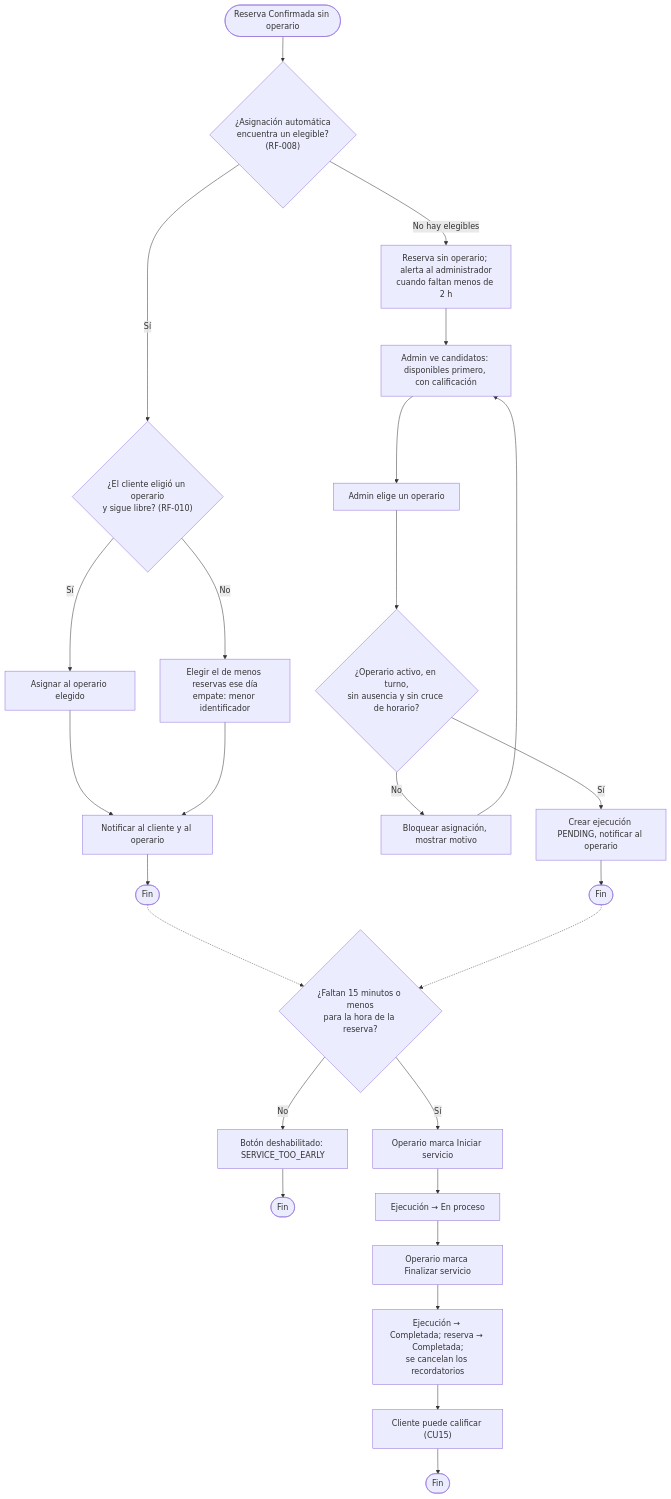
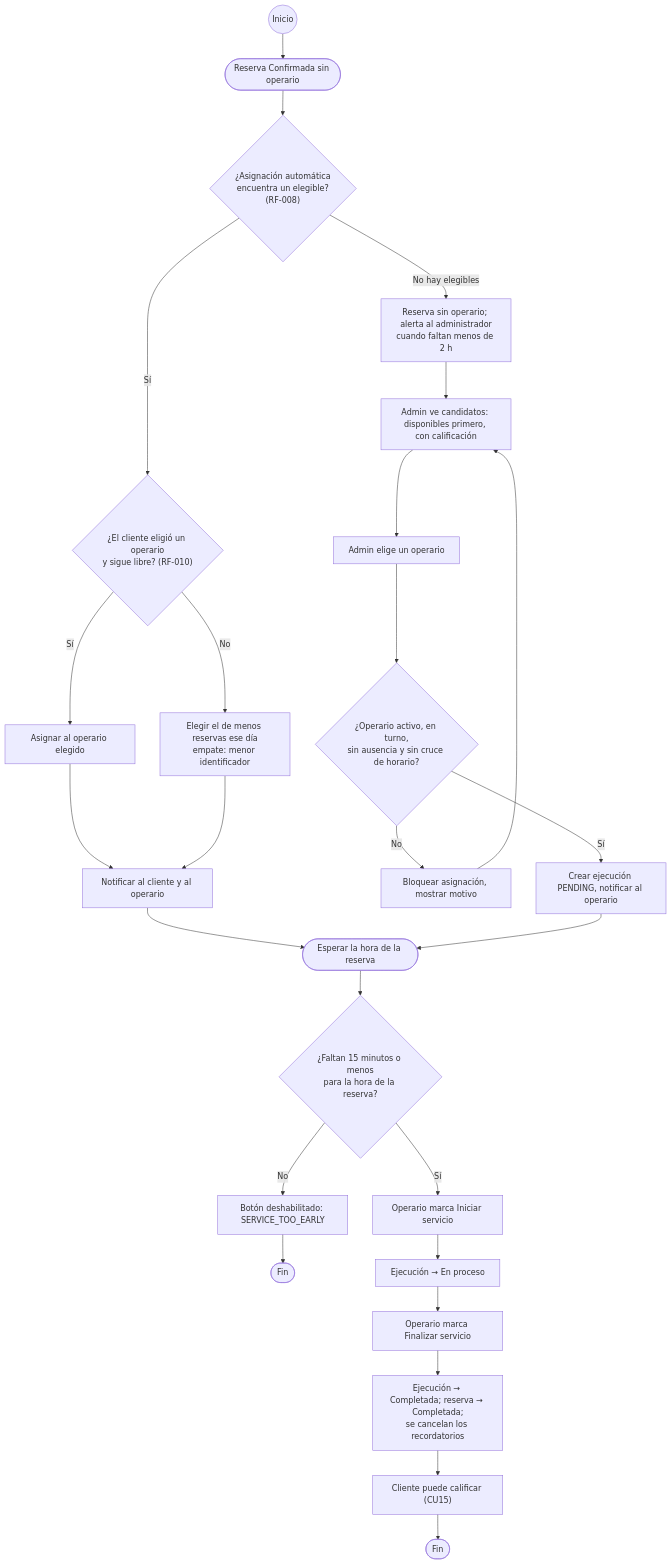
One commit to BrayanCABRERA123/lavarapido-docs changed diagram 17 of 26 in 02_DOCUMENTACION_DE_ANALISIS_DEL_SOFTWARE/ES/MD/documentacion-de-analisis-del-software.md. Above: the diagram before and after it, drawn with Mermaid. The commit also changed other lines of this file and 5 other files, not shown here.

Commit message:
docs(analysis): clean the activity, sequence and state diagrams after a second visual review

````diff
--- a/02_DOCUMENTACION_DE_ANALISIS_DEL_SOFTWARE/ES/MD/documentacion-de-analisis-del-software.md
+++ b/02_DOCUMENTACION_DE_ANALISIS_DEL_SOFTWARE/ES/MD/documentacion-de-analisis-del-software.md
@@ -716,29 +716,29 @@
 ```mermaid
 flowchart TD
+    start0((Inicio)) --> start
     start([Reserva Confirmada sin operario]) --> auto{"¿Asignación automática<br/>encuentra un elegible?<br/>(RF-008)"}
     auto -->|Sí| pref{"¿El cliente eligió un operario<br/>y sigue libre? (RF-010)"}
     pref -->|Sí| chosen[Asignar al operario elegido]
     pref -->|No| pick[Elegir el de menos reservas ese día<br/>empate: menor identificador]
     chosen --> notifyop[Notificar al cliente y al operario]
     pick --> notifyop
-    notifyop --> stopA([Fin])
+    notifyop --> wait([Esperar la hora de la reserva])
     auto -->|No hay elegibles| manual["Reserva sin operario; alerta al administrador<br/>cuando faltan menos de 2 h"]
     manual --> list[Admin ve candidatos: disponibles primero, con calificación]
     list --> chooseop[Admin elige un operario]
     chooseop --> valid{¿Operario activo, en turno,<br/>sin ausencia y sin cruce de horario?}
     valid -->|No| blockop[Bloquear asignación, mostrar motivo]
     blockop --> list
     valid -->|Sí| assign[Crear ejecución PENDING, notificar al operario]
-    assign --> stopB([Fin])
+    assign --> wait
 
-    stopA -.-> today{"¿Faltan 15 minutos o menos<br/>para la hora de la reserva?"}
-    stopB -.-> today
+    wait --> today{"¿Faltan 15 minutos o menos<br/>para la hora de la reserva?"}
     today -->|No| blockday[Botón deshabilitado: SERVICE_TOO_EARLY]
     blockday --> stopC([Fin])
     today -->|Sí| startsvc[Operario marca Iniciar servicio]
     startsvc --> inprog[Ejecución → En proceso]
     inprog --> finish[Operario marca Finalizar servicio]
     finish --> completed[Ejecución → Completada; reserva → Completada;<br/>se cancelan los recordatorios]
     completed --> rate["Cliente puede calificar (CU15)"]
     rate --> stopD([Fin])
 ```
````
